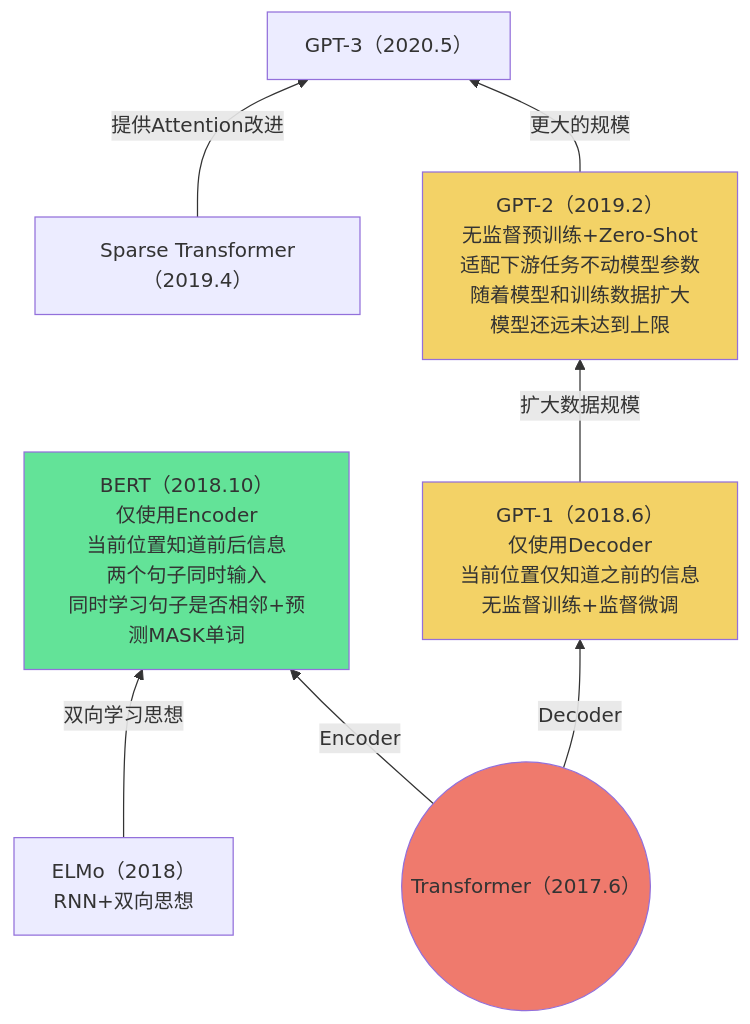
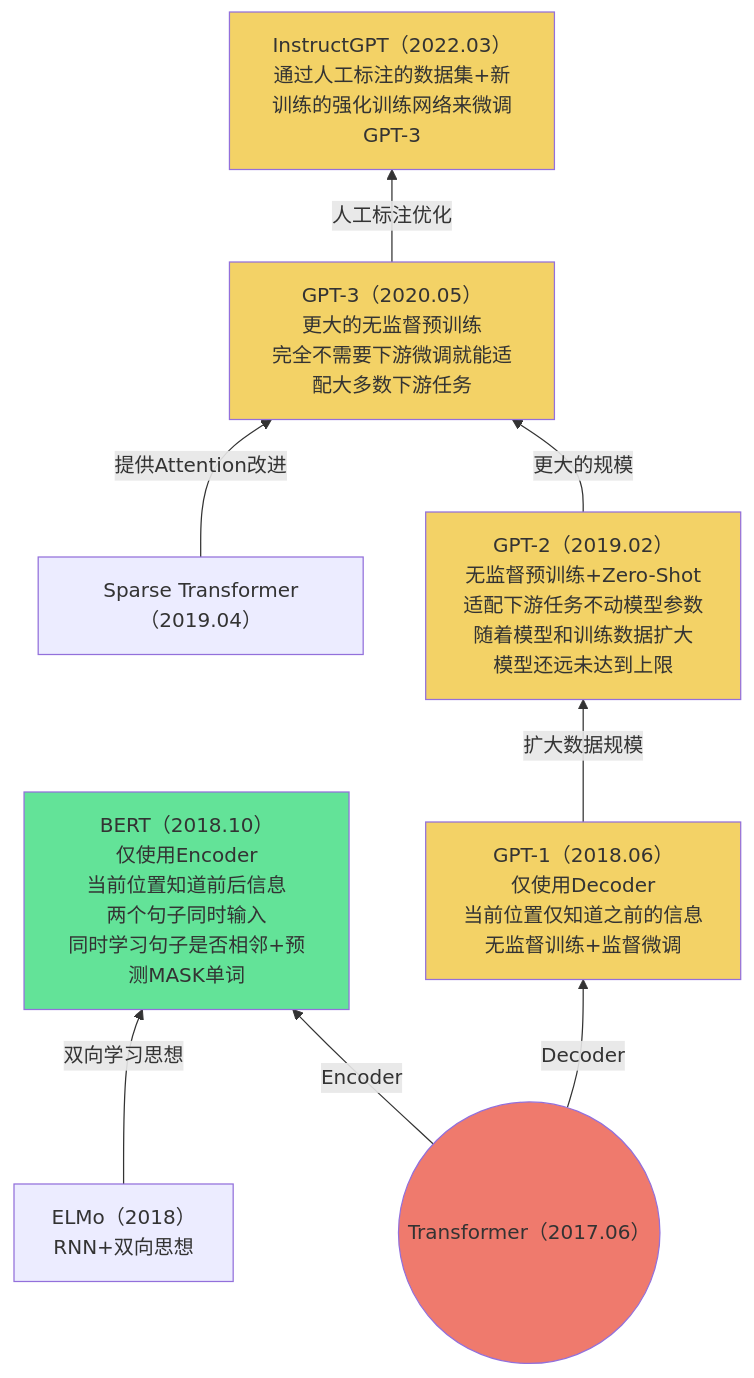
One commit to Elephant-King9/Paper changed the third of 4 diagrams in Base_Model/LLM/analyse.md. Above: the diagram before and after it, drawn with Mermaid. The commit also changed other lines of this file and 3 other files, not shown here.

````diff
--- a/Base_Model/LLM/analyse.md
+++ b/Base_Model/LLM/analyse.md
@@ -41,24 +43,28 @@
 ```mermaid
 flowchart BT
 Transformer-->|Encoder|BERT
 Transformer-->|Decoder|GPT-1
 ELMo-->|双向学习思想|BERT
 GPT-1-->|扩大数据规模|GPT-2
 GPT-2-->|更大的规模|GPT-3
 Sparse_Transformer-->|提供Attention改进|GPT-3
+GPT-3-->|人工标注优化|InstructGPT
 
 
 
 
-Transformer@{ shape: circle, label: "Transformer（2017.6）" }
+Transformer@{ shape: circle, label: "Transformer（2017.06）" }
 				style Transformer fill:#EF7A6D
-GPT-1[GPT-1（2018.6）<br>仅使用Decoder<br>当前位置仅知道之前的信息<br>无监督训练+监督微调]
+GPT-1[GPT-1（2018.06）<br>仅使用Decoder<br>当前位置仅知道之前的信息<br>无监督训练+监督微调]
 	style GPT-1 fill:#F3D266
 BERT[BERT（2018.10）<br>仅使用Encoder<br>当前位置知道前后信息<br>两个句子同时输入<br>同时学习句子是否相邻+预测MASK单词]
 	style BERT fill:#63E398
 ELMo[ELMo（2018）<br>RNN+双向思想]
-GPT-2[GPT-2（2019.2）<br>无监督预训练+Zero-Shot<br>适配下游任务不动模型参数<br>随着模型和训练数据扩大<br>模型还远未达到上限]
+GPT-2[GPT-2（2019.02）<br>无监督预训练+Zero-Shot<br>适配下游任务不动模型参数<br>随着模型和训练数据扩大<br>模型还远未达到上限]
 	style GPT-2 fill:#F3D266
-Sparse_Transformer[Sparse Transformer（2019.4）]
-GPT-3[GPT-3（2020.5）<br>]
+Sparse_Transformer[Sparse Transformer（2019.04）]
+GPT-3[GPT-3（2020.05）<br>更大的无监督预训练<br>完全不需要下游微调就能适配大多数下游任务]
+	style GPT-3 fill:#F3D266
+InstructGPT[InstructGPT（2022.03）<br>通过人工标注的数据集+新训练的强化训练网络来微调GPT-3]
+	style InstructGPT fill:#F3D266
 ```
````
